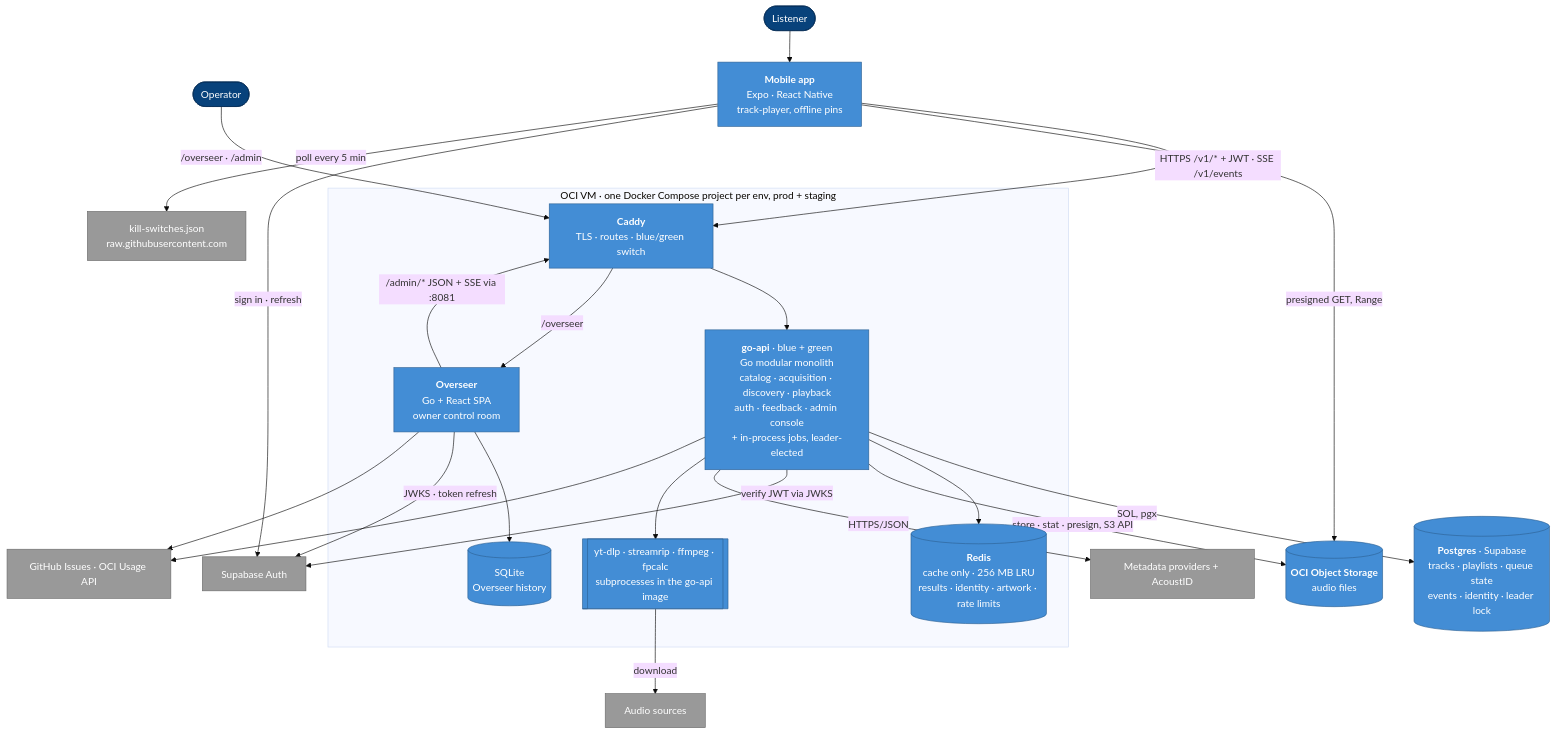
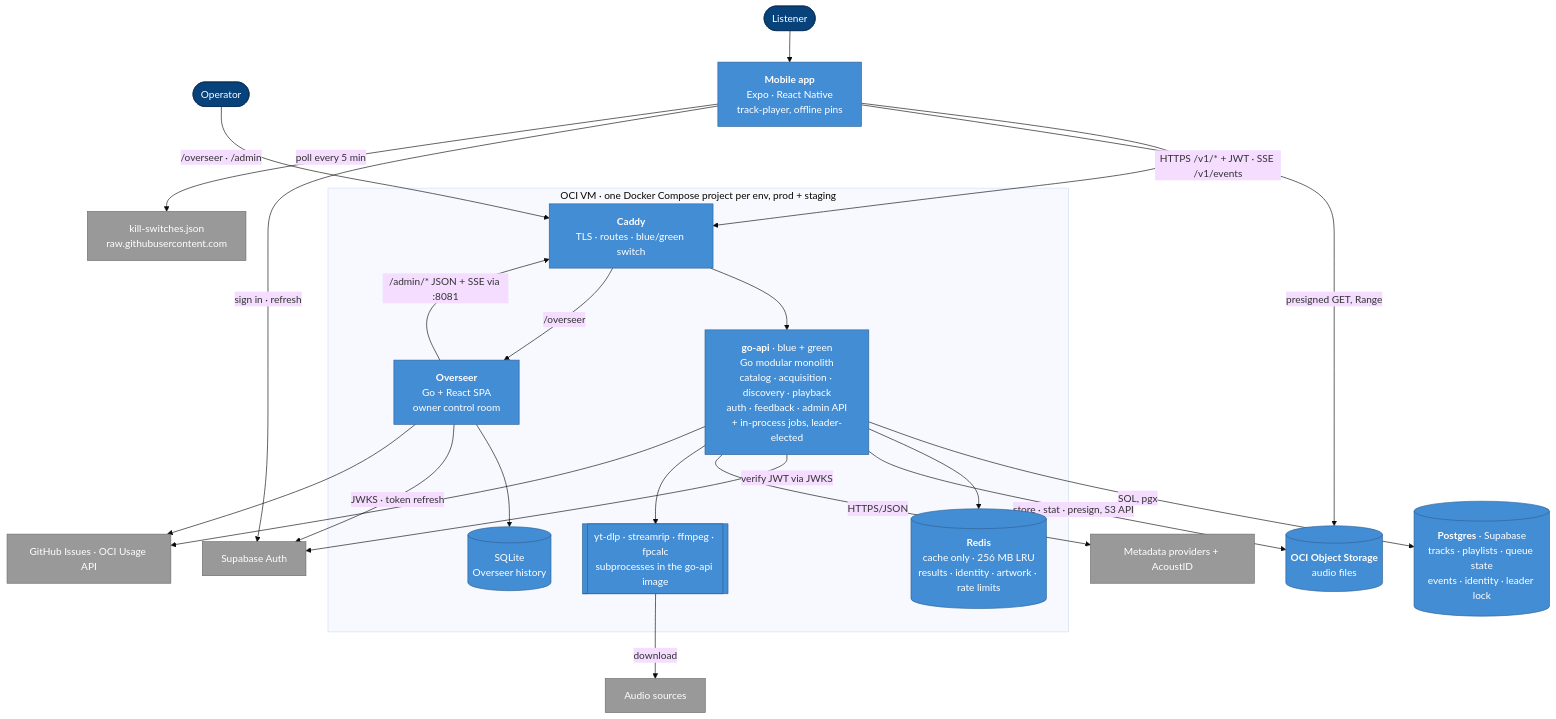
The second of 2 diagrams in docs/diagrams/system.md (aleburrascano/altune), drawn with Mermaid (base theme) before and after one commit. The commit also changed other lines of this file and 99 other files, not shown here.

First line of the commit message:
chore(overseer): remove the mission control console from go-api (#2794)

````diff
--- a/docs/diagrams/system.md
+++ b/docs/diagrams/system.md
@@ -49,53 +49,53 @@
 ```mermaid
 flowchart TD
     listener(["Listener"])
     operator(["Operator"])
 
     mobile["<b>Mobile app</b><br/>Expo · React Native<br/>track-player, offline pins"]
 
     subgraph vm [OCI VM · one Docker Compose project per env, prod + staging]
         caddy["<b>Caddy</b><br/>TLS · routes · blue/green switch"]
-        api["<b>go-api</b> · blue + green<br/>Go modular monolith<br/>catalog · acquisition · discovery · playback<br/>auth · feedback · admin console<br/>+ in-process jobs, leader-elected"]
+        api["<b>go-api</b> · blue + green<br/>Go modular monolith<br/>catalog · acquisition · discovery · playback<br/>auth · feedback · admin API<br/>+ in-process jobs, leader-elected"]
         tools[["yt-dlp · streamrip · ffmpeg · fpcalc<br/>subprocesses in the go-api image"]]
         overseer["<b>Overseer</b><br/>Go + React SPA<br/>owner control room"]
         redis[("<b>Redis</b><br/>cache only · 256 MB LRU<br/>results · identity · artwork · rate limits")]
         sqlite[("SQLite<br/>Overseer history")]
     end
 
     pg[("<b>Postgres</b> · Supabase<br/>tracks · playlists · queue state<br/>events · identity · leader lock")]
     bucket[("<b>OCI Object Storage</b><br/>audio files")]
     auth["Supabase Auth"]
     providers["Metadata providers + AcoustID"]
     sources["Audio sources"]
     extras["GitHub Issues · OCI Usage API"]
     ks["kill-switches.json<br/>raw.githubusercontent.com"]
 
     listener --> mobile
     mobile -->|HTTPS /v1/* + JWT · SSE /v1/events| caddy
     mobile -->|presigned GET, Range| bucket
     mobile -->|sign in · refresh| auth
     mobile -->|poll every 5 min| ks
     operator -->|/overseer · /admin| caddy
     caddy --> api
     caddy -->|/overseer| overseer
     overseer -->|/admin/* JSON + SSE via :8081| caddy
     overseer --> sqlite
     overseer -->|JWKS · token refresh| auth
     api -->|SQL, pgx| pg
     api --> redis
     api -->|store · stat · presign, S3 API| bucket
     api -->|verify JWT via JWKS| auth
     api -->|HTTPS/JSON| providers
     api --> tools -->|download| sources
     api --> extras
     overseer --> extras
 
     classDef container fill:#438dd5,color:#fff,stroke:#2e6295
     classDef store fill:#438dd5,color:#fff,stroke:#2e6295
     classDef person fill:#08427b,color:#fff,stroke:#052e56
     classDef external fill:#999,color:#fff,stroke:#6b6b6b
     class mobile,caddy,api,overseer,tools container
     class redis,sqlite,pg,bucket store
     class listener,operator person
     class auth,providers,sources,extras,ks external
 ```
````
